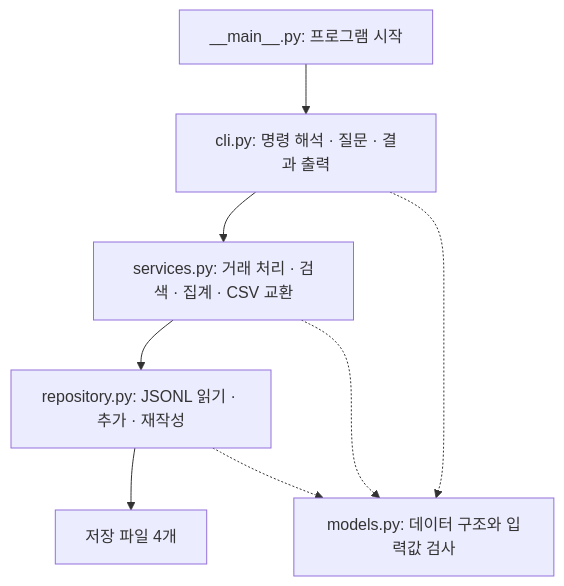
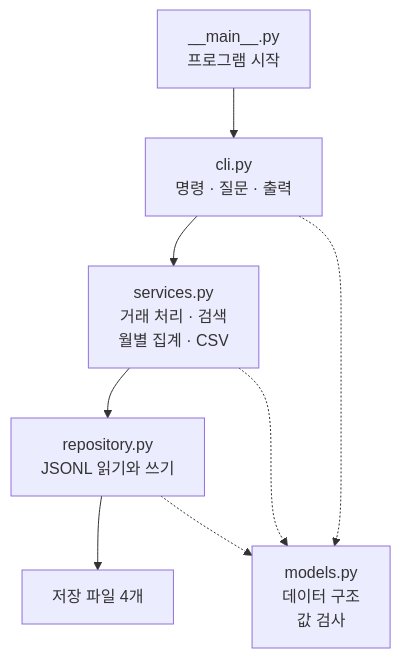
One commit to Cerhovah/Codyssey_Mission_B2-1 changed the eighth of 9 diagrams in README.md. Above: the diagram before and after it, drawn with Mermaid. The commit also changed other lines of this file, not shown here.

First line of the commit message:
docs: 구조도 문구와 줄바꿈을 읽기 쉽게 정리

````diff
--- a/README.md
+++ b/README.md
@@ -402,10 +402,10 @@
 ```mermaid
 flowchart TD
-    Entry["__main__.py: 프로그램 시작"] --> Cli["cli.py: 명령 해석 · 질문 · 결과 출력"]
-    Cli --> Service["services.py: 거래 처리 · 검색 · 집계 · CSV 교환"]
-    Service --> Repository["repository.py: JSONL 읽기 · 추가 · 재작성"]
+    Entry["__main__.py<br/>프로그램 시작"] --> Cli["cli.py<br/>명령 · 질문 · 출력"]
+    Cli --> Service["services.py<br/>거래 처리 · 검색<br/>월별 집계 · CSV"]
+    Service --> Repository["repository.py<br/>JSONL 읽기와 쓰기"]
     Repository --> Files["저장 파일 4개"]
-    Cli -.-> Models["models.py: 데이터 구조와 입력값 검사"]
+    Cli -.-> Models["models.py<br/>데이터 구조<br/>값 검사"]
     Service -.-> Models
     Repository -.-> Models
 ```
````
